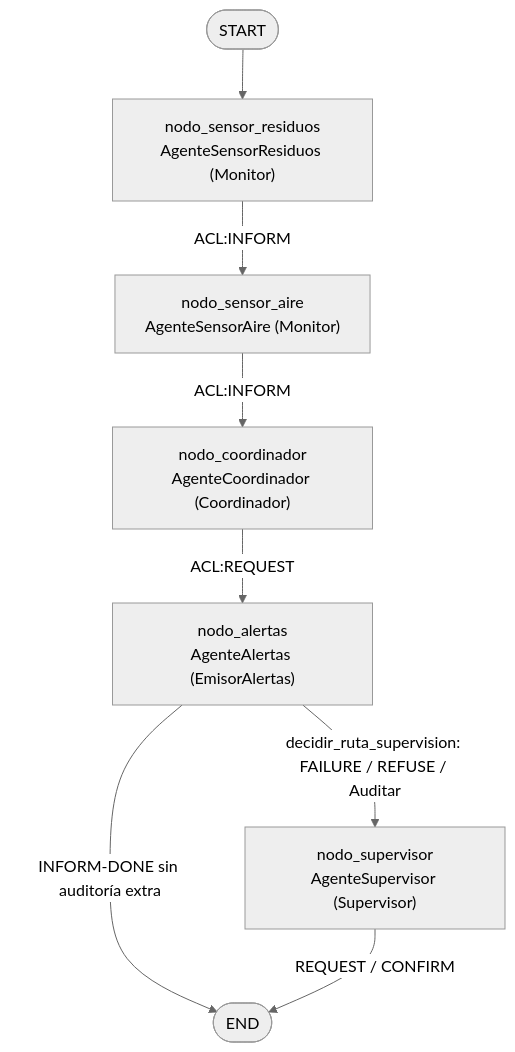
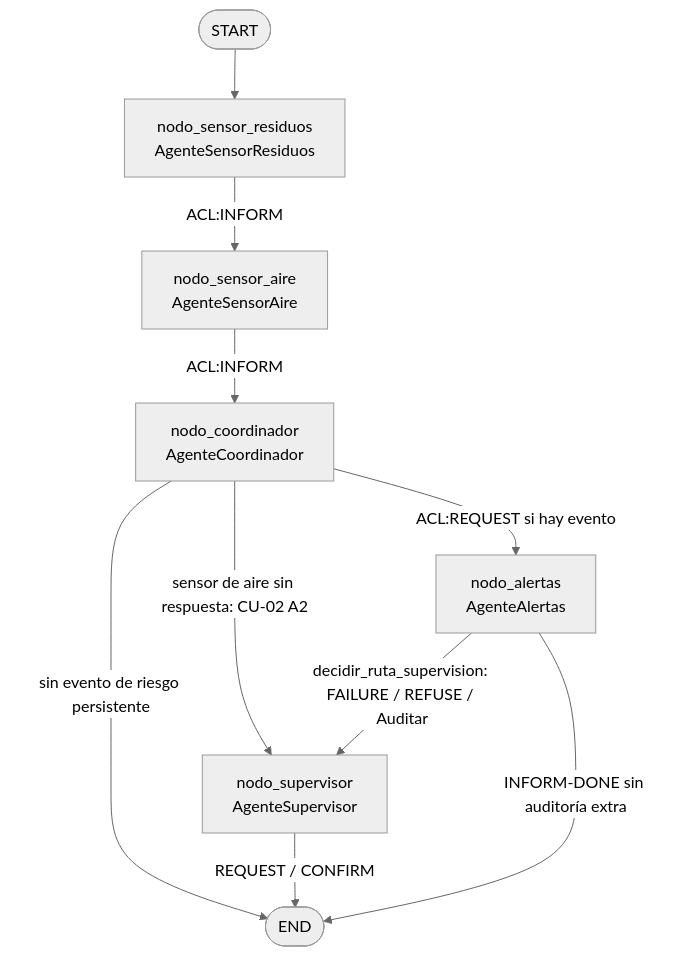
One commit to Mileidys10/sma-monitoreo-bazurto changed the sixth of 6 diagrams in DOCUMENTACION_V2_4_CASOS_USO_Y_DIAGRAMAS.md. Above: the diagram before and after it, drawn with Mermaid (neutral theme). The commit also changed other lines of this file and 3 other files, not shown here.

````diff
--- a/DOCUMENTACION_V2_4_CASOS_USO_Y_DIAGRAMAS.md
+++ b/DOCUMENTACION_V2_4_CASOS_USO_Y_DIAGRAMAS.md
@@ -323,10 +323,12 @@
 ```mermaid
 flowchart TD
-    START([START]) --> nodo_sensor_residuos["nodo_sensor_residuos<br/>AgenteSensorResiduos (Monitor)"]
-    nodo_sensor_residuos -->|ACL:INFORM| nodo_sensor_aire["nodo_sensor_aire<br/>AgenteSensorAire (Monitor)"]
-    nodo_sensor_aire -->|ACL:INFORM| nodo_coordinador["nodo_coordinador<br/>AgenteCoordinador (Coordinador)"]
-    nodo_coordinador -->|ACL:REQUEST| nodo_alertas["nodo_alertas<br/>AgenteAlertas (EmisorAlertas)"]
-    nodo_alertas -->|decidir_ruta_supervision: FAILURE / REFUSE / Auditar| nodo_supervisor["nodo_supervisor<br/>AgenteSupervisor (Supervisor)"]
+    START([START]) --> nodo_sensor_residuos[nodo_sensor_residuos<br/>AgenteSensorResiduos]
+    nodo_sensor_residuos -->|ACL:INFORM| nodo_sensor_aire[nodo_sensor_aire<br/>AgenteSensorAire]
+    nodo_sensor_aire -->|ACL:INFORM| nodo_coordinador[nodo_coordinador<br/>AgenteCoordinador]
+    nodo_coordinador -->|sin evento de riesgo persistente| END([END])
+    nodo_coordinador -->|sensor de aire sin respuesta: CU-02 A2| nodo_supervisor
+    nodo_coordinador -->|ACL:REQUEST si hay evento| nodo_alertas[nodo_alertas<br/>AgenteAlertas]
+    nodo_alertas -->|decidir_ruta_supervision: FAILURE / REFUSE / Auditar| nodo_supervisor[nodo_supervisor<br/>AgenteSupervisor]
     nodo_alertas -->|INFORM-DONE sin auditoría extra| END([END])
     nodo_supervisor -->|REQUEST / CONFIRM| END
 ```
````
